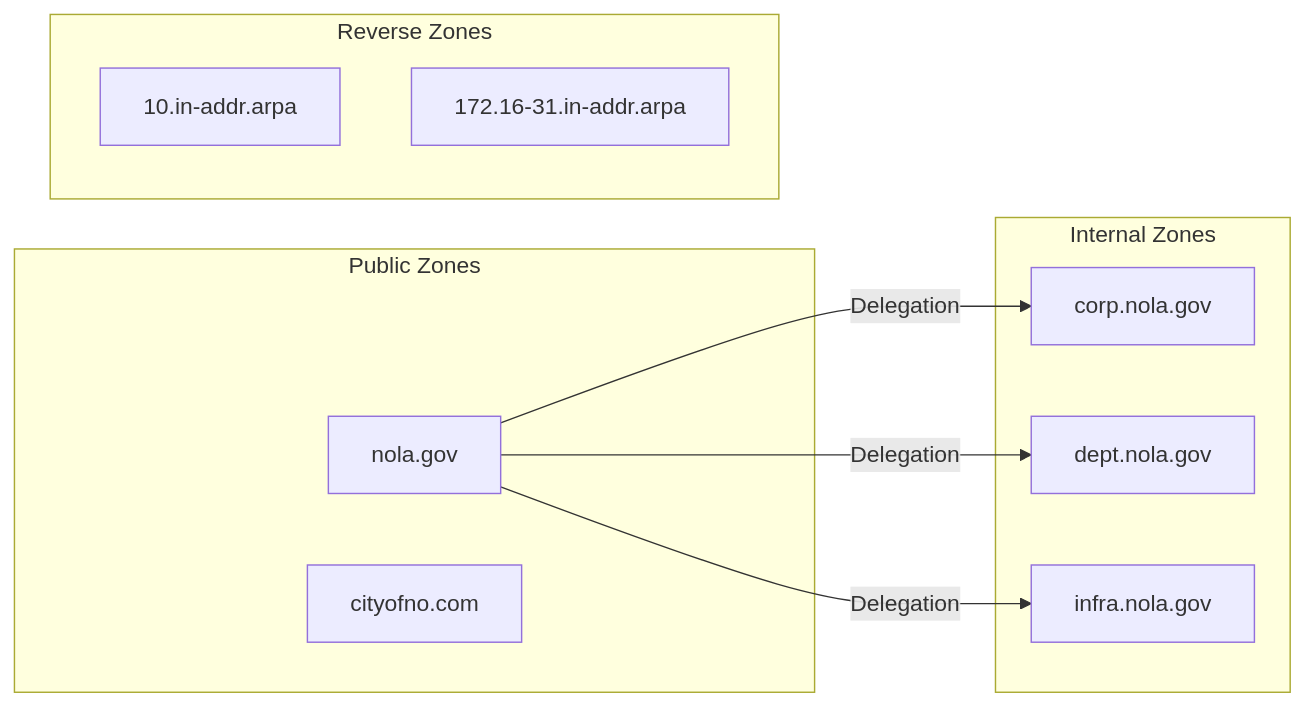
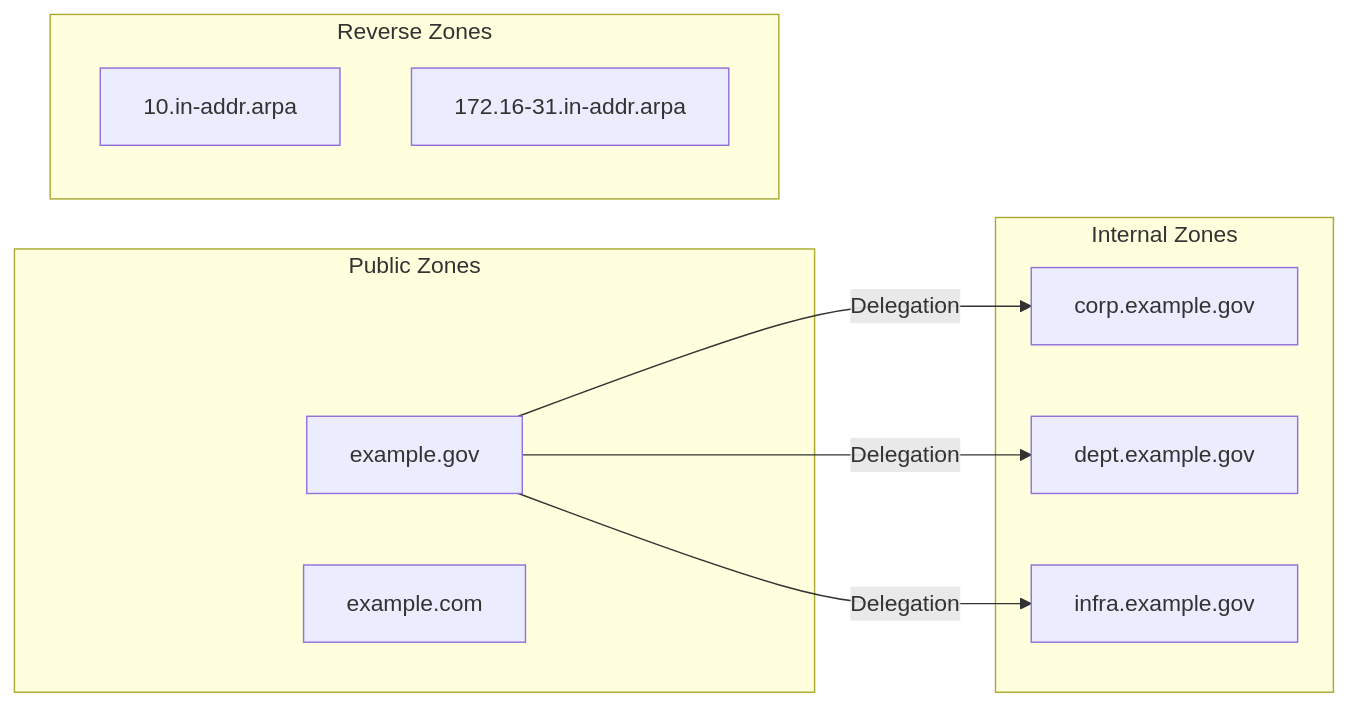
One commit to NewOrleansITI/networkstandards changed the second of 6 diagrams in docs/services/dns-standards.md. Above: the diagram before and after it, drawn with Mermaid. The commit also changed other lines of this file and 17 other files, not shown here.

````diff
--- a/docs/services/dns-standards.md
+++ b/docs/services/dns-standards.md
@@ -81,22 +81,22 @@
 ```mermaid
 graph LR
     subgraph Public["Public Zones"]
-        NOLA["nola.gov"]
-        CITY["cityofno.com"]
+        NOLA["example.gov"]
+        CITY["example.com"]
     end
 
     subgraph Internal["Internal Zones"]
-        CORP["corp.nola.gov"]
-        DEPT["dept.nola.gov"]
-        INFRA["infra.nola.gov"]
+        CORP["corp.example.gov"]
+        DEPT["dept.example.gov"]
+        INFRA["infra.example.gov"]
     end
 
     subgraph Reverse["Reverse Zones"]
         REV10["10.in-addr.arpa"]
         REV172["172.16-31.in-addr.arpa"]
     end
 
     NOLA --> |"Delegation"| CORP
     NOLA --> |"Delegation"| DEPT
     NOLA --> |"Delegation"| INFRA
 ```
````
